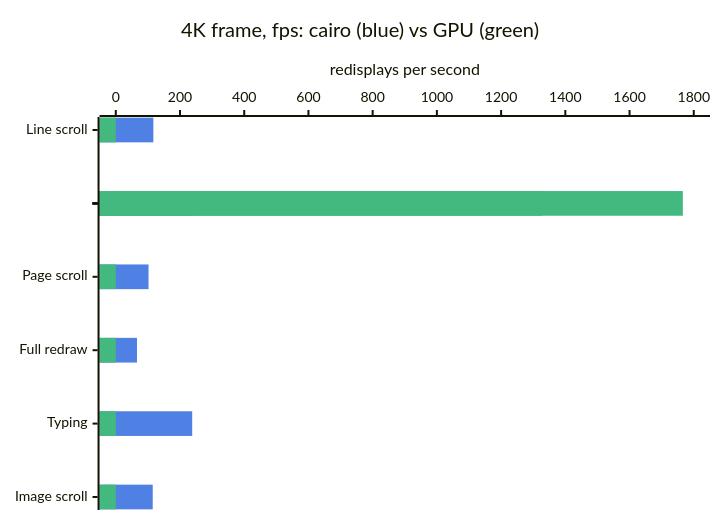
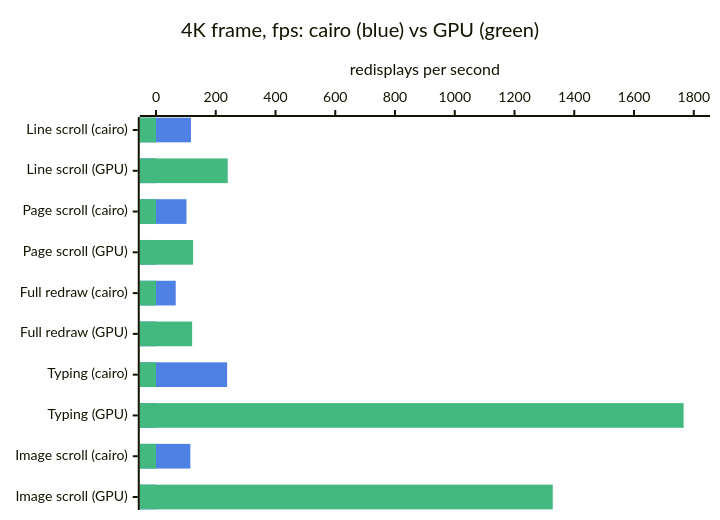
Before and after one commit to bobrowadam/emacs: the second of 3 diagrams in README.md, drawn with Mermaid. The commit also changed other lines of this file, not shown here.

Commit message:
README: label every chart row; mermaid collapses blank categories
The whitespace placeholder labels were deduplicated by mermaid and
half the GPU rows vanished; name each row explicitly instead.

````diff
--- a/README.md
+++ b/README.md
@@ -297,14 +297,14 @@
 ```mermaid
 ---
 config:
   themeVariables:
     xyChart:
       plotColorPalette: "#4f81e5, #43b97f"
 ---
 xychart-beta horizontal
     title "4K frame, fps: cairo (blue) vs GPU (green)"
-    x-axis ["Line scroll", " ", "Page scroll", "  ", "Full redraw", "   ", "Typing", "    ", "Image scroll", "     "]
+    x-axis ["Line scroll (cairo)", "Line scroll (GPU)", "Page scroll (cairo)", "Page scroll (GPU)", "Full redraw (cairo)", "Full redraw (GPU)", "Typing (cairo)", "Typing (GPU)", "Image scroll (cairo)", "Image scroll (GPU)"]
     y-axis "redisplays per second" 0 --> 1800
     bar [117, 0, 102, 0, 66, 0, 238, 0, 115, 0]
     bar [0, 240, 0, 124, 0, 121, 0, 1766, 0, 1328]
 ```
````
